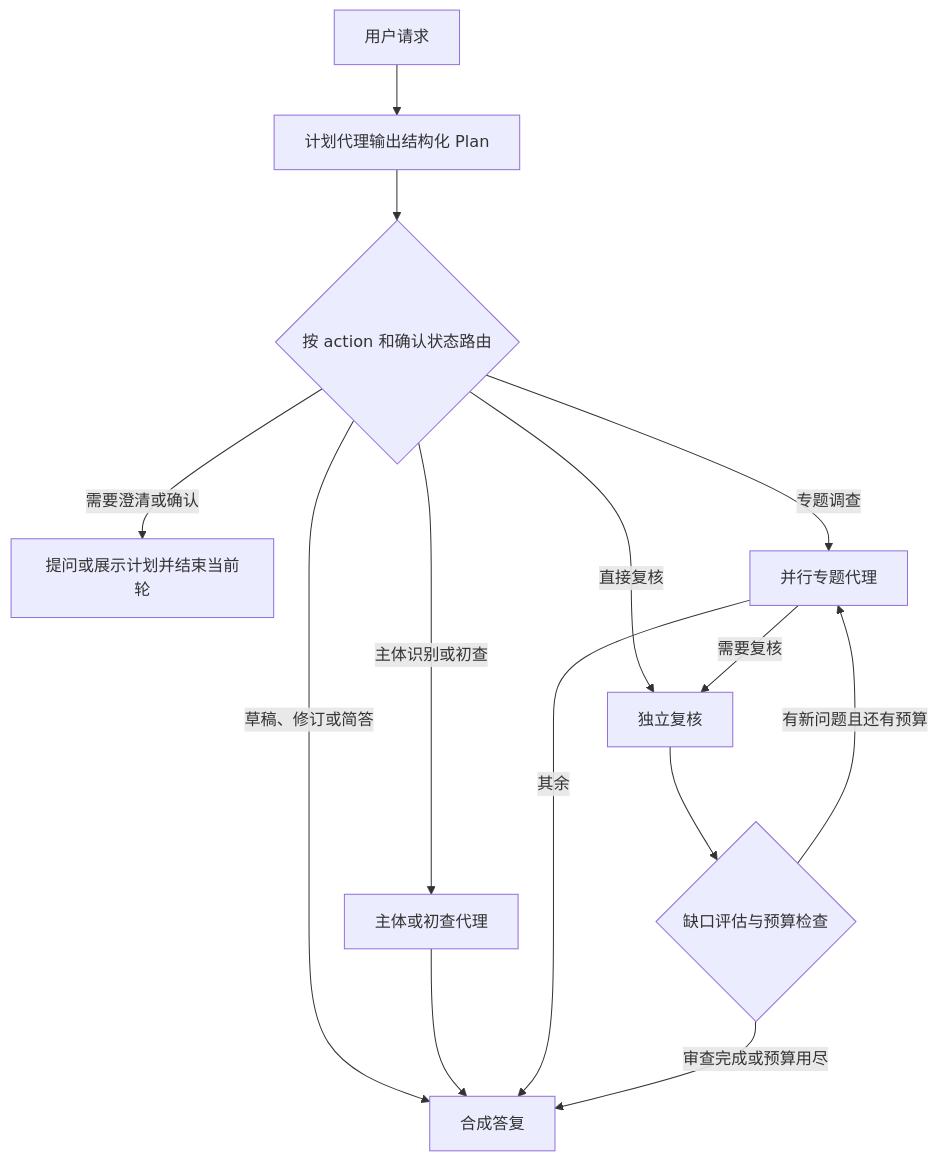
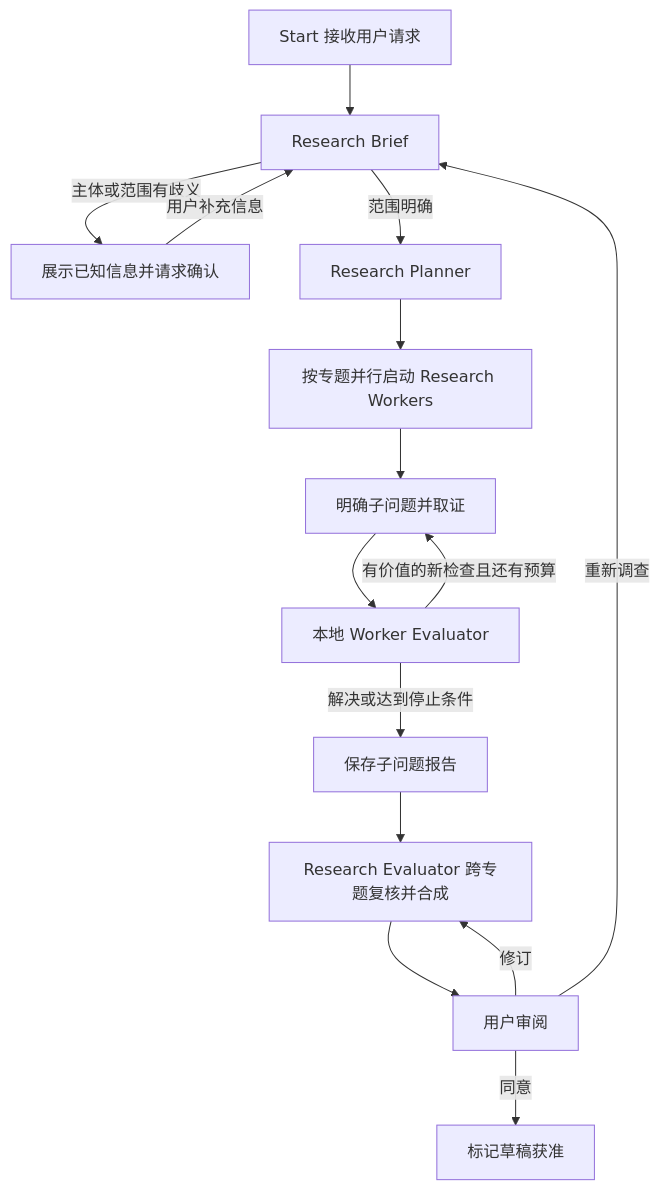
One commit to ParrotG/DueDiligenceAgent changed the diagram in docs/architecture.zh-CN.md. Above: the diagram before and after it, drawn with Mermaid. The commit also changed other lines of this file and 30 other files, not shown here.

Commit message:
agent graph workflow update

````diff
--- a/docs/architecture.zh-CN.md
+++ b/docs/architecture.zh-CN.md
@@ -22,16 +7,17 @@
 ```mermaid
 flowchart TD
-    A[用户请求] --> B[计划代理输出结构化 Plan]
-    B --> C{按 action 和确认状态路由}
-    C -->|需要澄清或确认| D[提问或展示计划并结束当前轮]
-    C -->|主体识别或初查| E[主体或初查代理]
-    C -->|专题调查| F[并行专题代理]
-    C -->|直接复核| G[独立复核]
-    C -->|草稿、修订或简答| I[合成答复]
-    E --> I
-    F -->|需要复核| G
-    F -->|其余| I
-    G --> H{缺口评估与预算检查}
-    H -->|有新问题且还有预算| F
-    H -->|审查完成或预算用尽| I
+    A[Start 接收用户请求] --> B[Research Brief]
+    B -->|主体或范围有歧义| H[展示已知信息并请求确认]
+    H -->|用户补充信息| B
+    B -->|范围明确| C[Research Planner]
+    C --> D[按专题并行启动 Research Workers]
+    D --> E[明确子问题并取证]
+    E --> F[本地 Worker Evaluator]
+    F -->|有价值的新检查且还有预算| E
+    F -->|解决或达到停止条件| G[保存子问题报告]
+    G --> I[Research Evaluator 跨专题复核并合成]
+    I --> J[用户审阅]
+    J -->|修订| I
+    J -->|重新调查| B
+    J -->|同意| K[标记草稿获准]
 ```
````
